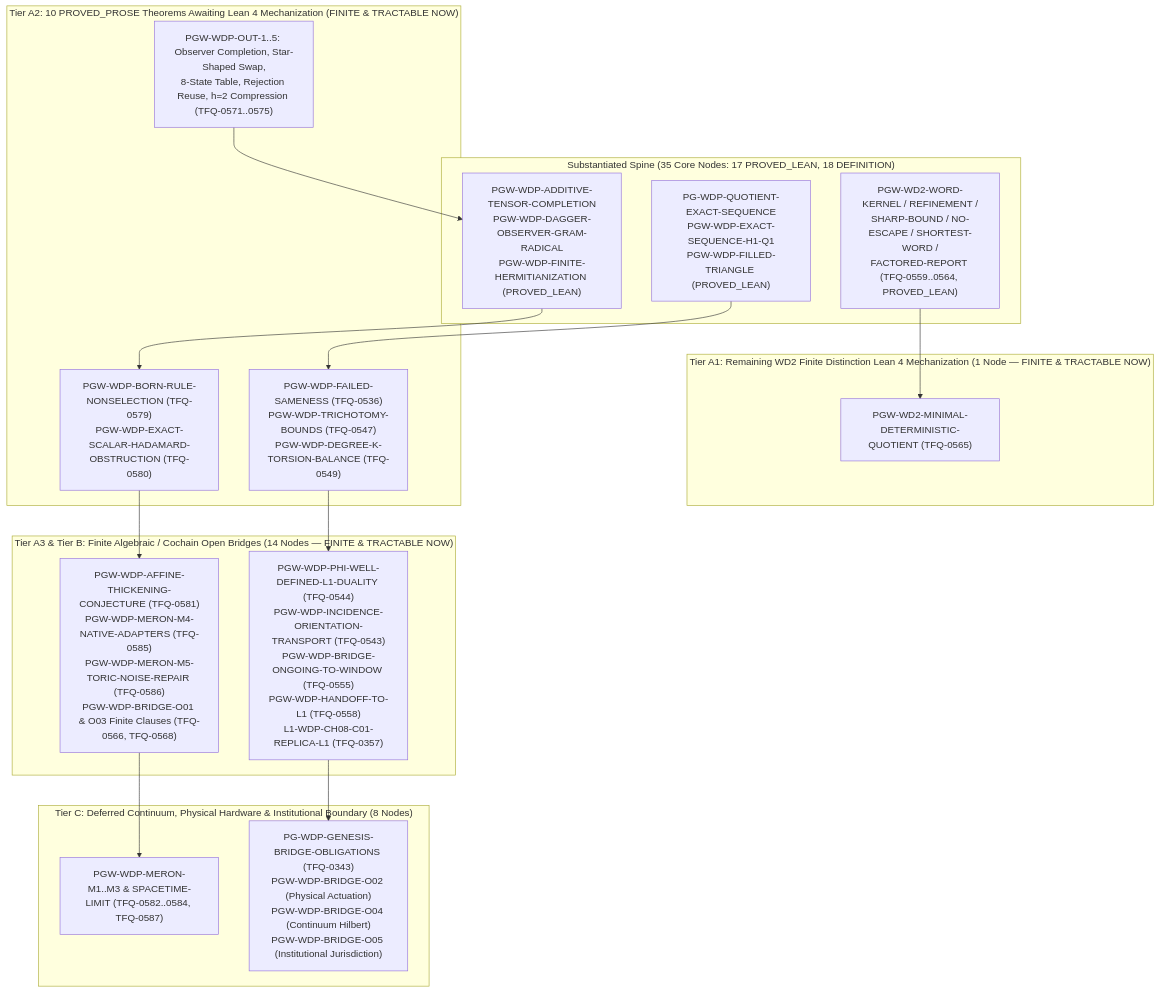
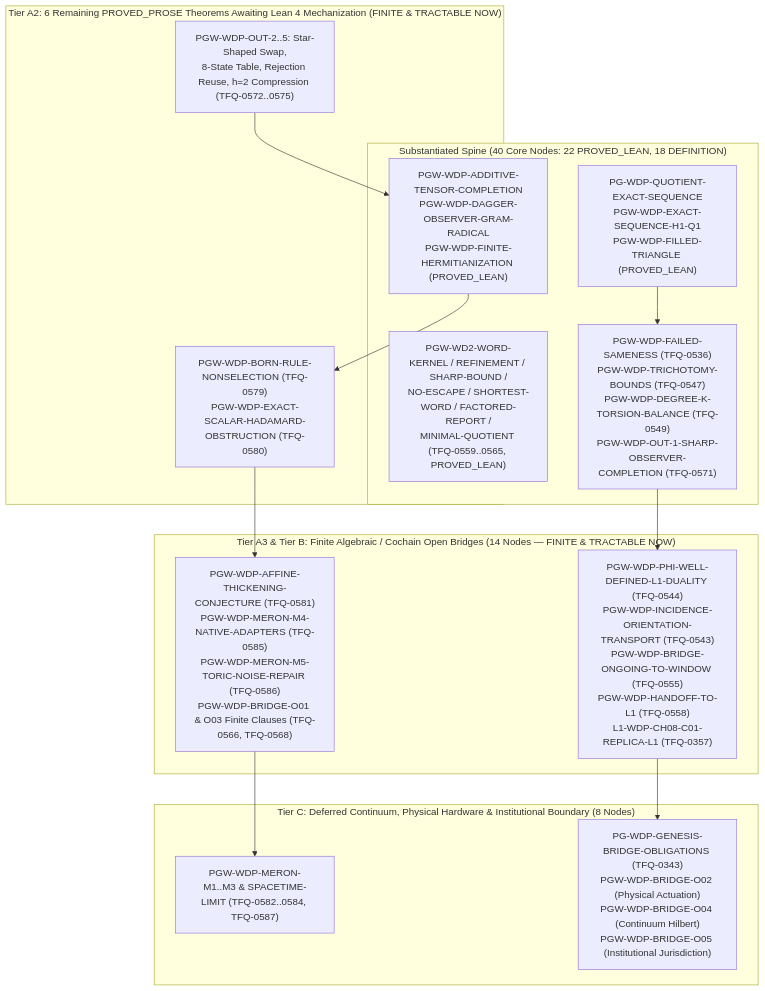
Before and after one commit to dbccpage/theory_of_finite_quantum_mechanics: the diagram in dag/WDP_DERIVATION_DAG.md, drawn with Mermaid. The commit also changed other lines of this file and 25 other files, not shown here.

Commit message:
feat(wdp): complete Batch 2 Lean 4 derivations (TFQ-0565, TFQ-0536, TFQ-0547, TFQ-0549, TFQ-0571)

````diff
--- a/dag/WDP_DERIVATION_DAG.md
+++ b/dag/WDP_DERIVATION_DAG.md
@@ -29,34 +29,29 @@
 ```mermaid
 flowchart TD
-    subgraph S_DONE["Substantiated Spine (35 Core Nodes: 17 PROVED_LEAN, 18 DEFINITION)"]
+    subgraph S_DONE["Substantiated Spine (40 Core Nodes: 22 PROVED_LEAN, 18 DEFINITION)"]
         WDP_CORE["PG-WDP-QUOTIENT-EXACT-SEQUENCE<br/>PGW-WDP-EXACT-SEQUENCE-H1-Q1<br/>PGW-WDP-FILLED-TRIANGLE (PROVED_LEAN)"]
-        WD2_T1["PGW-WD2-WORD-KERNEL / REFINEMENT /<br/>SHARP-BOUND / NO-ESCAPE / SHORTEST-WORD /<br/>FACTORED-REPORT (TFQ-0559..0564, PROVED_LEAN)"]
+        WD2_T1["PGW-WD2-WORD-KERNEL / REFINEMENT / SHARP-BOUND /<br/>NO-ESCAPE / SHORTEST-WORD / FACTORED-REPORT /<br/>MINIMAL-QUOTIENT (TFQ-0559..0565, PROVED_LEAN)"]
+        WDP_B2["PGW-WDP-FAILED-SAMENESS (TFQ-0536)<br/>PGW-WDP-TRICHOTOMY-BOUNDS (TFQ-0547)<br/>PGW-WDP-DEGREE-K-TORSION-BALANCE (TFQ-0549)<br/>PGW-WDP-OUT-1-SHARP-OBSERVER-COMPLETION (TFQ-0571)"]
         QM_SPINE["PGW-WDP-ADDITIVE-TENSOR-COMPLETION<br/>PGW-WDP-DAGGER-OBSERVER-GRAM-RADICAL<br/>PGW-WDP-FINITE-HERMITIANIZATION (PROVED_LEAN)"]
     end
 
-    subgraph S_TIER_A1["Tier A1: Remaining WD2 Finite Distinction Lean 4 Mechanization (1 Node — FINITE & TRACTABLE NOW)"]
-        WD2_T6["PGW-WD2-MINIMAL-DETERMINISTIC-QUOTIENT (TFQ-0565)"]
-    end
-
-    subgraph S_TIER_A2["Tier A2: 10 PROVED_PROSE Theorems Awaiting Lean 4 Mechanization (FINITE & TRACTABLE NOW)"]
-        WDP_PROSE_CORE["PGW-WDP-FAILED-SAMENESS (TFQ-0536)<br/>PGW-WDP-TRICHOTOMY-BOUNDS (TFQ-0547)<br/>PGW-WDP-DEGREE-K-TORSION-BALANCE (TFQ-0549)"]
-        WDP_OUT_1_5["PGW-WDP-OUT-1..5: Observer Completion, Star-Shaped Swap,<br/>8-State Table, Rejection Reuse, h=2 Compression (TFQ-0571..0575)"]
+    subgraph S_TIER_A2["Tier A2: 6 Remaining PROVED_PROSE Theorems Awaiting Lean 4 Mechanization (FINITE & TRACTABLE NOW)"]
+        WDP_OUT_2_5["PGW-WDP-OUT-2..5: Star-Shaped Swap,<br/>8-State Table, Rejection Reuse, h=2 Compression (TFQ-0572..0575)"]
         WDP_QM_PROSE["PGW-WDP-BORN-RULE-NONSELECTION (TFQ-0579)<br/>PGW-WDP-EXACT-SCALAR-HADAMARD-OBSTRUCTION (TFQ-0580)"]
     end
 
     subgraph S_TIER_B["Tier A3 & Tier B: Finite Algebraic / Cochain Open Bridges (14 Nodes — FINITE & TRACTABLE NOW)"]
         FIN_BRIDGES["PGW-WDP-PHI-WELL-DEFINED-L1-DUALITY (TFQ-0544)<br/>PGW-WDP-INCIDENCE-ORIENTATION-TRANSPORT (TFQ-0543)<br/>PGW-WDP-BRIDGE-ONGOING-TO-WINDOW (TFQ-0555)<br/>PGW-WDP-HANDOFF-TO-L1 (TFQ-0558)<br/>L1-WDP-CH08-C01-REPLICA-L1 (TFQ-0357)"]
         FIN_TARGETS["PGW-WDP-AFFINE-THICKENING-CONJECTURE (TFQ-0581)<br/>PGW-WDP-MERON-M4-NATIVE-ADAPTERS (TFQ-0585)<br/>PGW-WDP-MERON-M5-TORIC-NOISE-REPAIR (TFQ-0586)<br/>PGW-WDP-BRIDGE-O01 & O03 Finite Clauses (TFQ-0566, TFQ-0568)"]
     end
 
     subgraph S_DEFERRED["Tier C: Deferred Continuum, Physical Hardware & Institutional Boundary (8 Nodes)"]
         CONT_MERON["PGW-WDP-MERON-M1..M3 & SPACETIME-LIMIT (TFQ-0582..0584, TFQ-0587)"]
         EXT_BRIDGES["PG-WDP-GENESIS-BRIDGE-OBLIGATIONS (TFQ-0343)<br/>PGW-WDP-BRIDGE-O02 (Physical Actuation)<br/>PGW-WDP-BRIDGE-O04 (Continuum Hilbert)<br/>PGW-WDP-BRIDGE-O05 (Institutional Jurisdiction)"]
     end
 
-    WD2_T1 --> WD2_T6
-    WDP_CORE --> WDP_PROSE_CORE --> FIN_BRIDGES
-    WDP_OUT_1_5 --> QM_SPINE --> WDP_QM_PROSE --> FIN_TARGETS
+    WDP_CORE --> WDP_B2 --> FIN_BRIDGES
+    WDP_OUT_2_5 --> QM_SPINE --> WDP_QM_PROSE --> FIN_TARGETS
     FIN_TARGETS --> CONT_MERON
     FIN_BRIDGES --> EXT_BRIDGES
 ```
````
